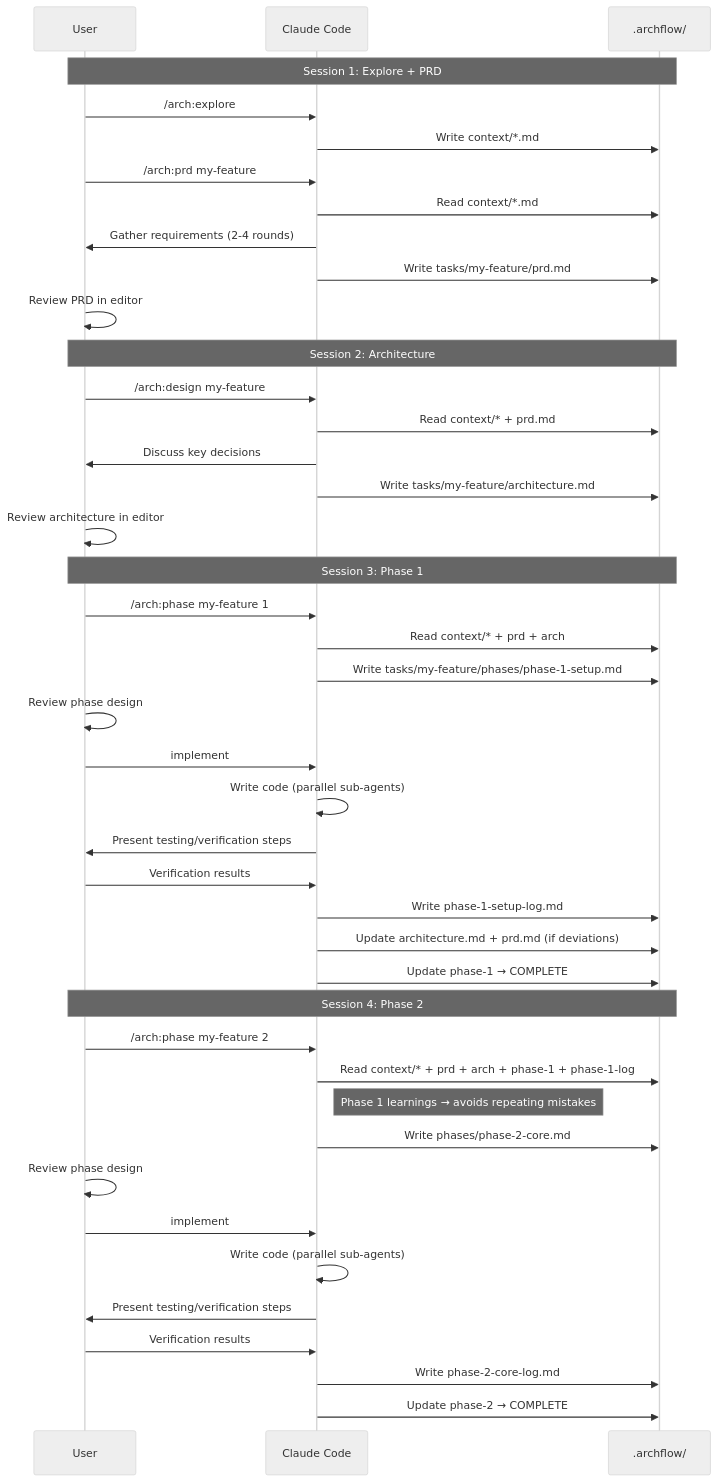
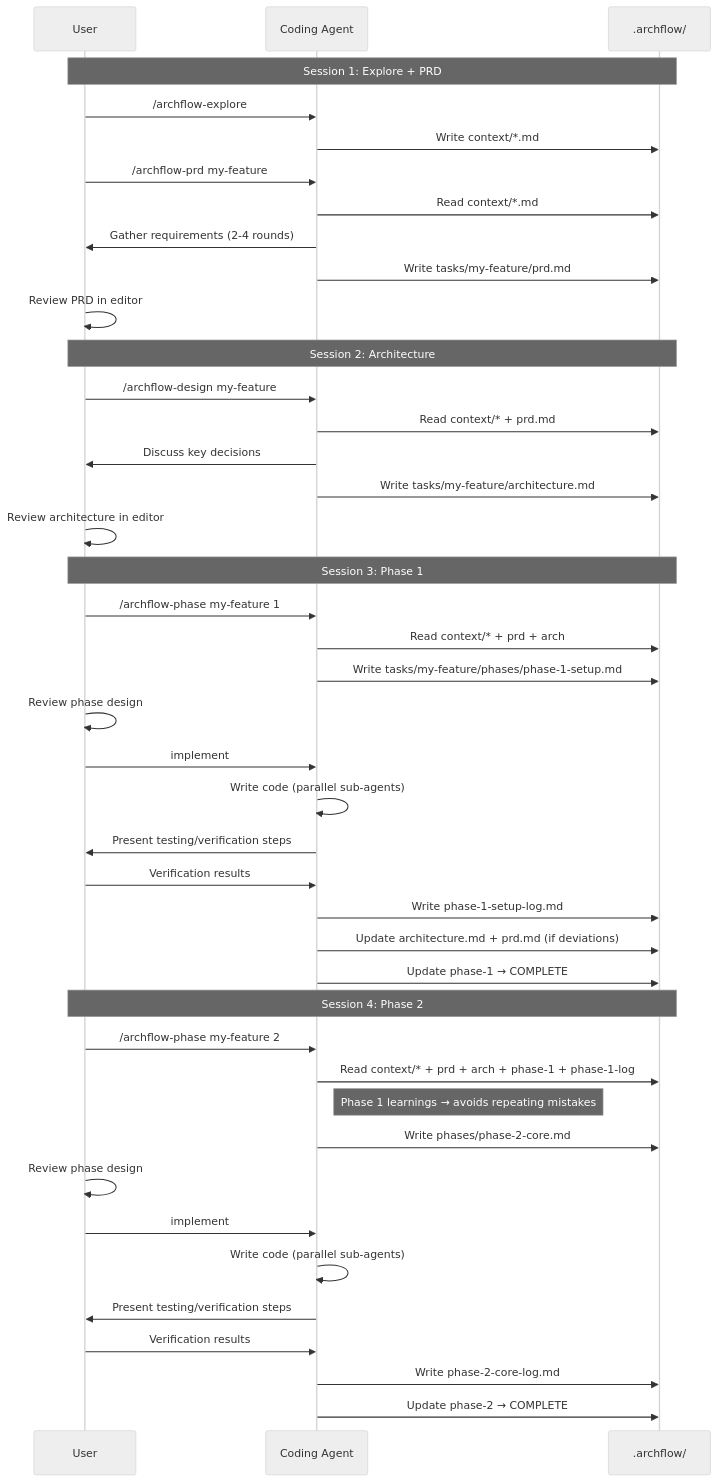
The ninth of 12 diagrams in docs/archflow-process.md (Aroton/ArchflowV2), drawn with Mermaid (neutral theme) before and after one commit. The commit also changed other lines of this file and 13 other files, not shown here.

First line of the commit message:
Add portable ArchFlow skills for Claude and Codex

````diff
--- a/docs/archflow-process.md
+++ b/docs/archflow-process.md
@@ -347,49 +347,49 @@
 ```mermaid
 sequenceDiagram
     participant U as User
-    participant C as Claude Code
+    participant C as Coding Agent
     participant FS as .archflow/
 
     Note over U,FS: Session 1: Explore + PRD
-    U->>C: /arch:explore
+    U->>C: /archflow-explore
     C->>FS: Write context/*.md
 
-    U->>C: /arch:prd my-feature
+    U->>C: /archflow-prd my-feature
     C->>FS: Read context/*.md
     C->>U: Gather requirements (2-4 rounds)
     C->>FS: Write tasks/my-feature/prd.md
     U->>U: Review PRD in editor
 
     Note over U,FS: Session 2: Architecture
-    U->>C: /arch:design my-feature
+    U->>C: /archflow-design my-feature
     C->>FS: Read context/* + prd.md
     C->>U: Discuss key decisions
     C->>FS: Write tasks/my-feature/architecture.md
     U->>U: Review architecture in editor
 
     Note over U,FS: Session 3: Phase 1
-    U->>C: /arch:phase my-feature 1
+    U->>C: /archflow-phase my-feature 1
     C->>FS: Read context/* + prd + arch
     C->>FS: Write tasks/my-feature/phases/phase-1-setup.md
     U->>U: Review phase design
     U->>C: implement
     C->>C: Write code (parallel sub-agents)
     C->>U: Present testing/verification steps
     U->>C: Verification results
     C->>FS: Write phase-1-setup-log.md
     C->>FS: Update architecture.md + prd.md (if deviations)
     C->>FS: Update phase-1 → COMPLETE
 
     Note over U,FS: Session 4: Phase 2
-    U->>C: /arch:phase my-feature 2
+    U->>C: /archflow-phase my-feature 2
     C->>FS: Read context/* + prd + arch + phase-1 + phase-1-log
     Note right of C: Phase 1 learnings → avoids repeating mistakes
     C->>FS: Write phases/phase-2-core.md
     U->>U: Review phase design
     U->>C: implement
     C->>C: Write code (parallel sub-agents)
     C->>U: Present testing/verification steps
     U->>C: Verification results
     C->>FS: Write phase-2-core-log.md
     C->>FS: Update phase-2 → COMPLETE
 ```
````
